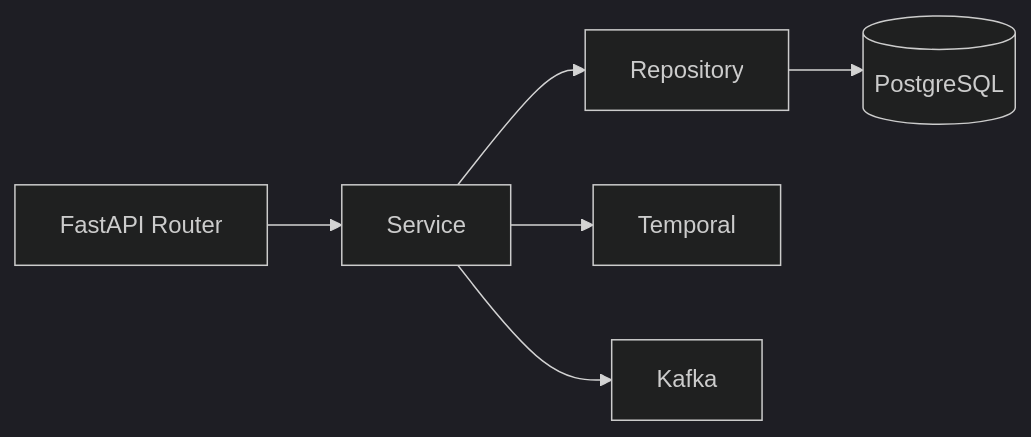
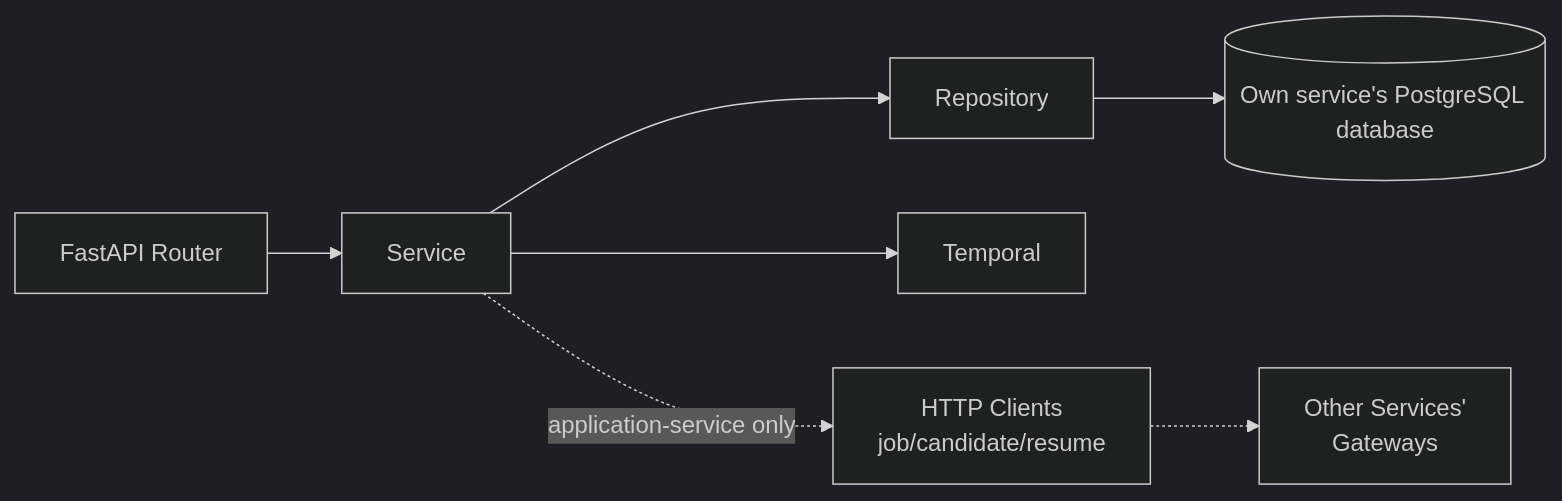
The first of 8 diagrams in docs/SERVICES.md (afnan-emumba/smart-hire), drawn with Mermaid (dark theme) before and after one commit. The commit also changed other lines of this file and 75 other files, not shown here.

````diff
--- a/docs/SERVICES.md
+++ b/docs/SERVICES.md
@@ -9,15 +9,17 @@
 ```mermaid
 flowchart LR
     router[FastAPI Router]
     service[Service]
     repo[Repository]
-    db[(PostgreSQL)]
+    db[(Own service's PostgreSQL database)]
     workflow[Temporal]
-    events[Kafka]
+    httpclients[HTTP Clients<br/>job/candidate/resume]
+    otherservices[Other Services'<br/>Gateways]
 
     router --> service
     service --> repo
     repo --> db
     service --> workflow
-    service --> events
+    service -.application-service only.-> httpclients
+    httpclients -.-> otherservices
 ```
````
